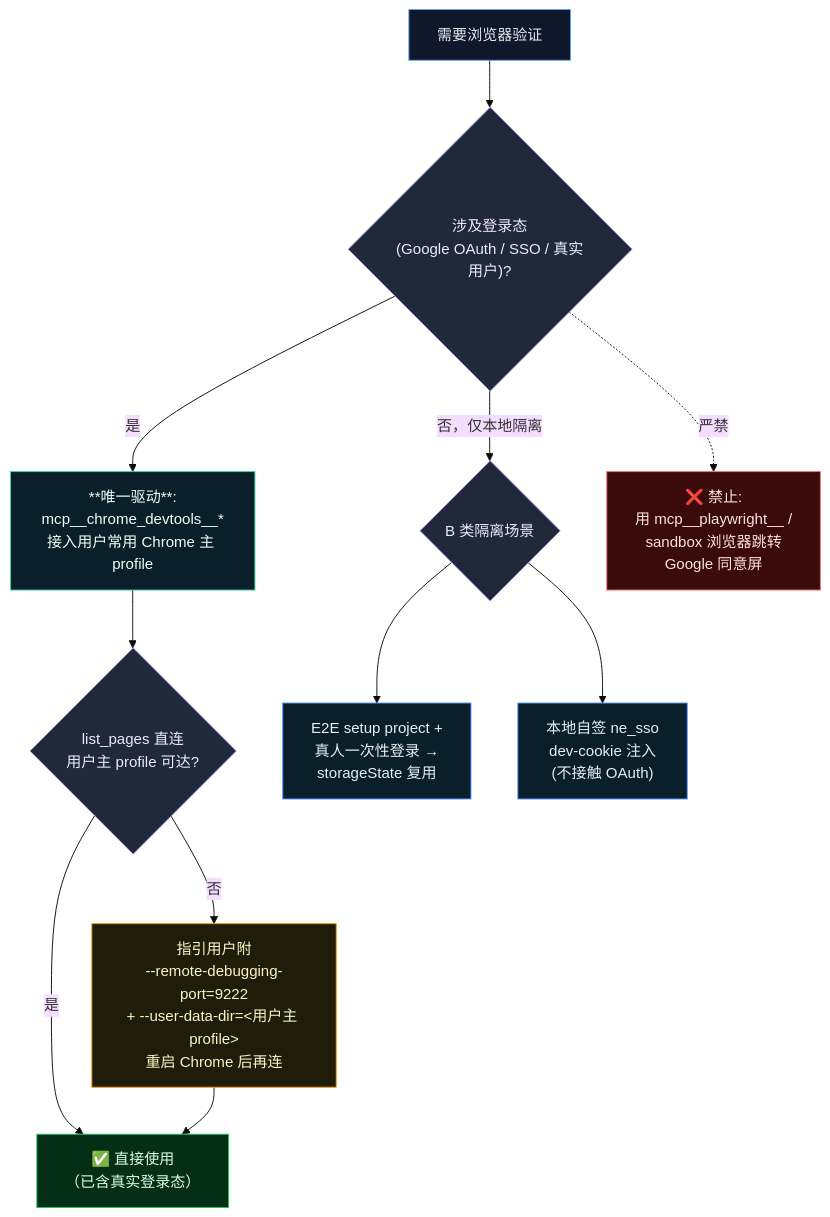
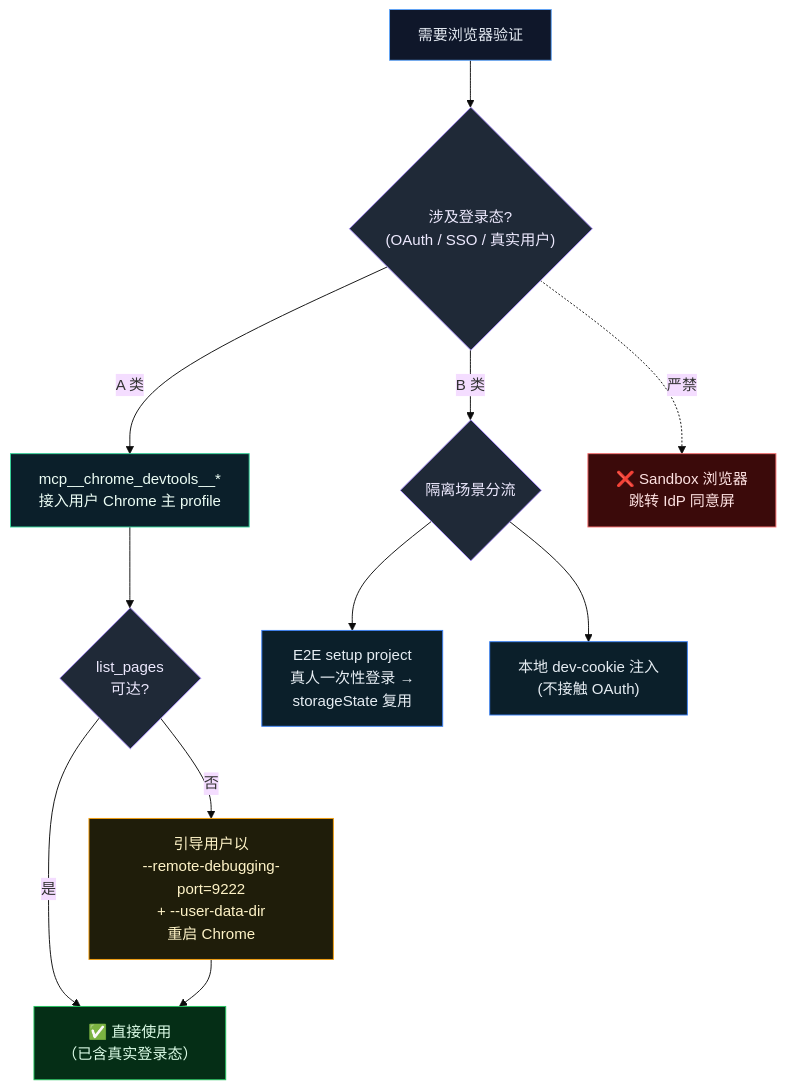
The first of 3 diagrams in docs/agents/browser-validation.md (ThreeFish-AI/negentropy), drawn with Mermaid (base theme) before and after one commit. The commit also changed other lines of this file and 1 other file, not shown here.

````diff
--- a/docs/agents/browser-validation.md
+++ b/docs/agents/browser-validation.md
@@ -36,26 +88,27 @@
 ```mermaid
 flowchart TD
-  Start["需要浏览器验证"] --> NeedAuth{"涉及登录态<br/>(Google OAuth / SSO / 真实用户)?"}
-  NeedAuth -->|是| Driver["**唯一驱动**:<br/>mcp__chrome_devtools__*<br/>接入用户常用 Chrome 主 profile"]
-  Driver --> Reachable{"list_pages 直连<br/>用户主 profile 可达?"}
-  Reachable -->|是| Use1["✅ 直接使用<br/>（已含真实登录态）"]
-  Reachable -->|否| Fallback["指引用户附<br/>--remote-debugging-port=9222<br/>+ --user-data-dir=&lt;用户主 profile&gt;<br/>重启 Chrome 后再连"]
-  Fallback --> Use1
-  NeedAuth -->|否，仅本地隔离| BType{"B 类隔离场景"}
-  BType --> E2E["E2E setup project +<br/>真人一次性登录 →<br/>storageState 复用"]
-  BType --> DevCookie["本地自签 ne_sso<br/>dev-cookie 注入<br/>(不接触 OAuth)"]
+  Start["需要浏览器验证"] --> NeedAuth{"涉及登录态?<br/>(OAuth / SSO / 真实用户)"}
 
-  Forbid["❌ 禁止:<br/>用 mcp__playwright__ /<br/>sandbox 浏览器跳转<br/>Google 同意屏"]
-  NeedAuth -.->|严禁| Forbid
+  NeedAuth -->|"A 类"| CDT["mcp__chrome_devtools__*<br/>接入用户 Chrome 主 profile"]
+  CDT --> Reachable{"list_pages<br/>可达?"}
+  Reachable -->|是| OK["✅ 直接使用<br/>（已含真实登录态）"]
+  Reachable -->|否| Recover["引导用户以<br/>--remote-debugging-port=9222<br/>+ --user-data-dir<br/>重启 Chrome"]
+  Recover --> OK
+
+  NeedAuth -->|"B 类"| BRoute{"隔离场景分流"}
+  BRoute --> E2E["E2E setup project<br/>真人一次性登录 →<br/>storageState 复用"]
+  BRoute --> DevCK["本地 dev-cookie 注入<br/>(不接触 OAuth)"]
+
+  NeedAuth -.->|"严禁"| Forbid["❌ Sandbox 浏览器<br/>跳转 IdP 同意屏"]
 
   style Start fill:#0f172a,stroke:#60a5fa,color:#e2e8f0
-  style Driver fill:#0b1f2a,stroke:#34d399,color:#ecfdf5
-  style Use1 fill:#052e16,stroke:#22c55e,color:#dcfce7
-  style Fallback fill:#1f1d0a,stroke:#f59e0b,color:#fef3c7
+  style CDT fill:#0b1f2a,stroke:#34d399,color:#ecfdf5
+  style OK fill:#052e16,stroke:#22c55e,color:#dcfce7
+  style Recover fill:#1f1d0a,stroke:#f59e0b,color:#fef3c7
   style E2E fill:#0b1f2a,stroke:#3b82f6,color:#e6edf3
-  style DevCookie fill:#0b1f2a,stroke:#3b82f6,color:#e6edf3
+  style DevCK fill:#0b1f2a,stroke:#3b82f6,color:#e6edf3
   style NeedAuth fill:#1f2937,stroke:#a78bfa,color:#ede9fe
   style Reachable fill:#1f2937,stroke:#a78bfa,color:#ede9fe
-  style BType fill:#1f2937,stroke:#a78bfa,color:#ede9fe
+  style BRoute fill:#1f2937,stroke:#a78bfa,color:#ede9fe
   style Forbid fill:#3b0a0a,stroke:#f87171,color:#fee2e2
 ```
````
